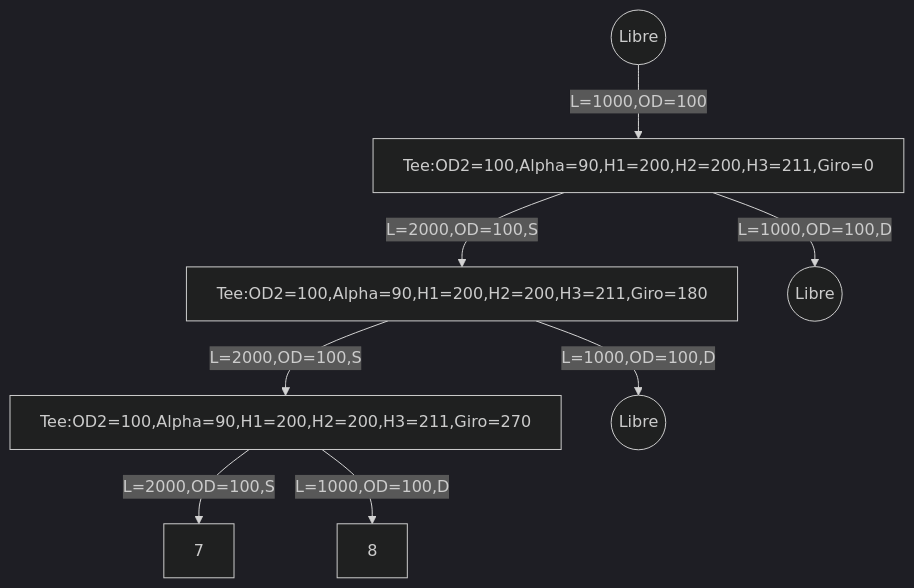
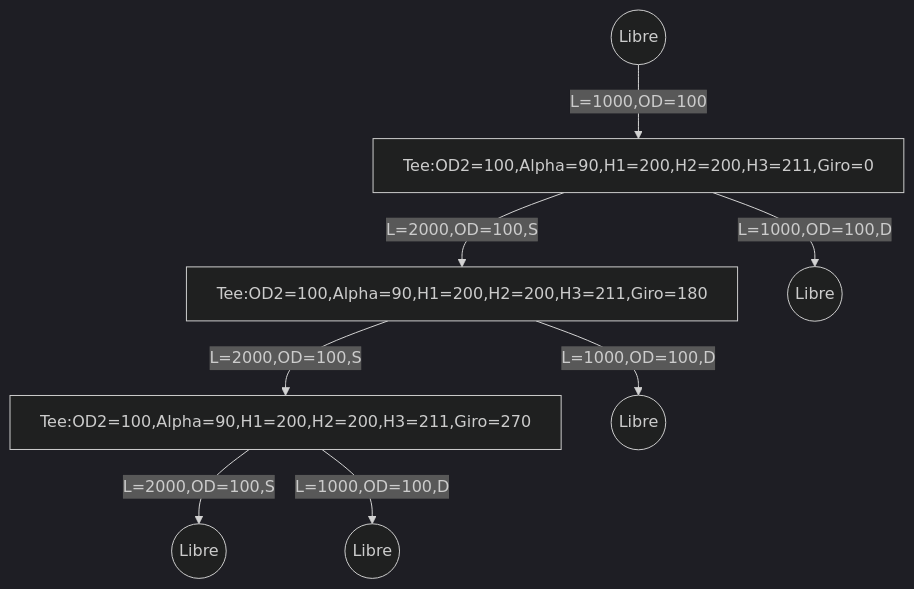
Before and after one commit to reiraviolo/Mesh_preforma: the diagram in ejemplos/Caso_3.md, drawn with Mermaid (dark theme). The commit also changed 7 other files, not shown here.

````diff
--- a/ejemplos/Caso_3.md
+++ b/ejemplos/Caso_3.md
@@ -1,17 +1,19 @@
 ```mermaid
 flowchart TD
 1((Libre))
 2["Tee:OD2=100,Alpha=90,H1=200,H2=200,H3=211,Giro=0"]
 3["Tee:OD2=100,Alpha=90,H1=200,H2=200,H3=211,Giro=180"]
 4((Libre))
 5["Tee:OD2=100,Alpha=90,H1=200,H2=200,H3=211,Giro=270"]
 6((Libre))
+7((Libre))
+8((Libre))
 
 1 -->|L=1000,OD=100| 2
 2 -->|L=2000,OD=100,S| 3
 2 -->|L=1000,OD=100,D| 4
 3 -->|L=2000,OD=100,S| 5
 3 -->|L=1000,OD=100,D| 6
 5 -->|L=2000,OD=100,S| 7
 5 -->|L=1000,OD=100,D| 8
 ```
````
